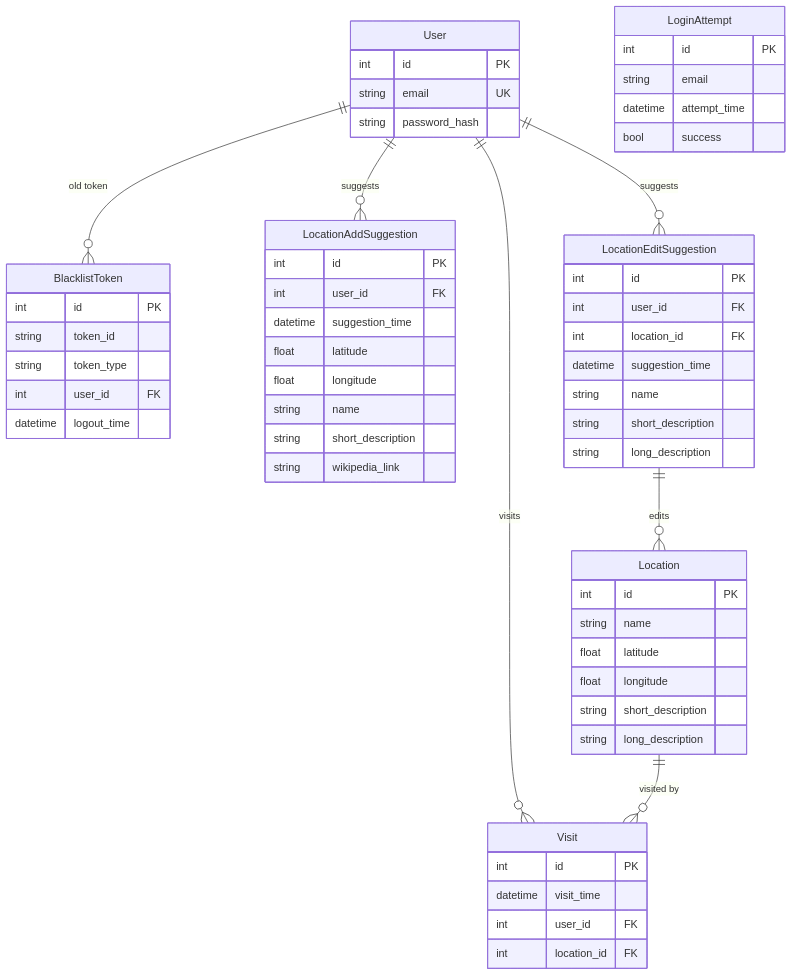
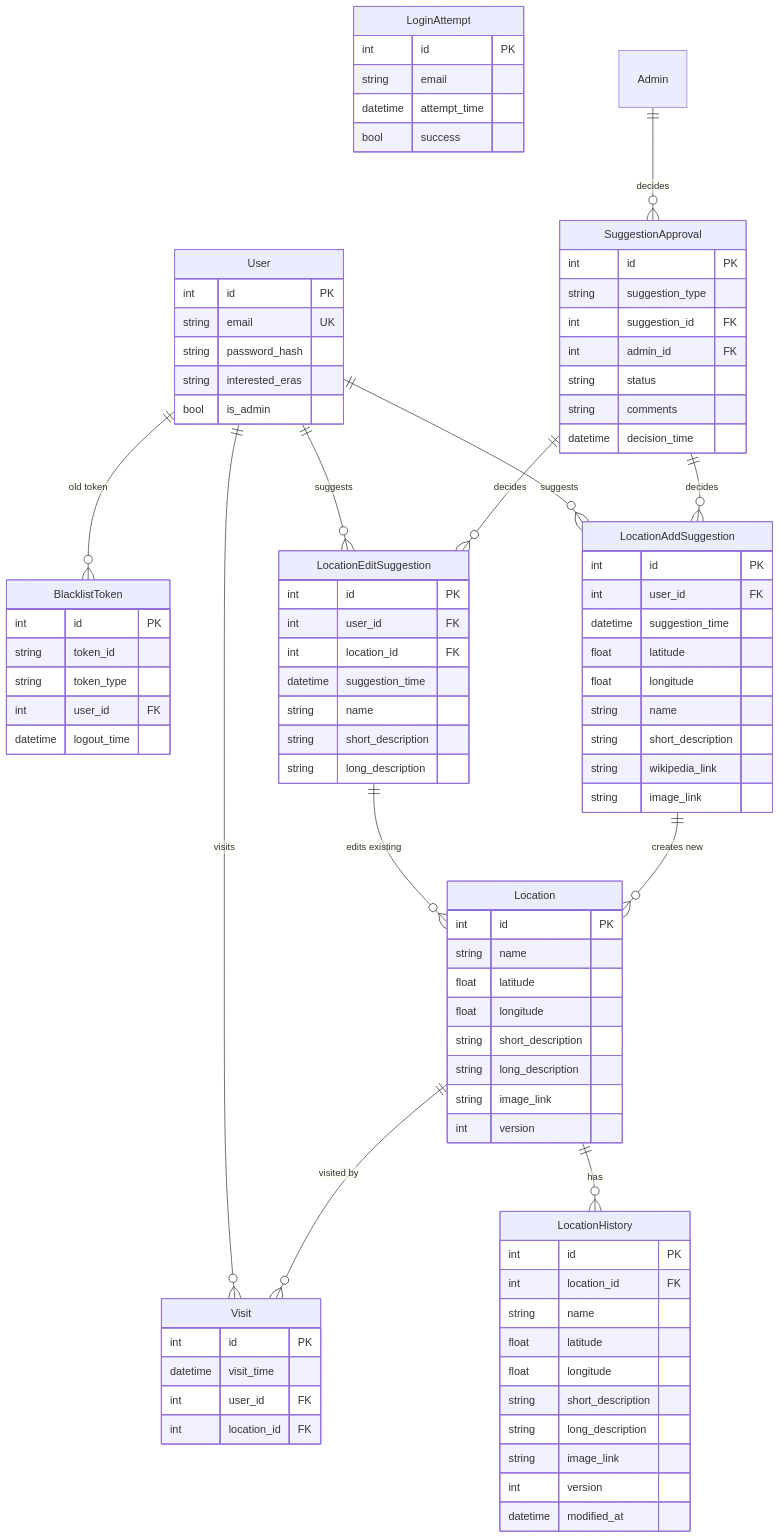
Before and after one commit to CS-495-Historical-Sites/remnant: the diagram in documentation/docs/Documentation/Database.md, drawn with Mermaid. The commit also changed 37 other files, not shown here.

Commit message:
implement (edit / add) location suggestion approval; begin aws s3 image strategy

````diff
--- a/documentation/docs/Documentation/Database.md
+++ b/documentation/docs/Documentation/Database.md
@@ -6,6 +6,8 @@
         int id  PK
         string email UK
         string password_hash 
+        string interested_eras
+        bool is_admin
     }
     Location {
         int id  PK
@@ -14,6 +16,8 @@
         float longitude
         string short_description
         string long_description
+        string image_link
+        int version
     }
     Visit {
         int id  PK
@@ -37,6 +41,7 @@
         string name 
         string short_description
         string wikipedia_link
+        string image_link
     }
     LocationEditSuggestion {
         int id PK
@@ -53,11 +58,40 @@
         datetime attempt_time
         bool success
     }
+    SuggestionApproval {
+        int id PK
+        string suggestion_type
+        int suggestion_id FK
+        int admin_id FK
+        string status
+        string comments
+        datetime decision_time
+    }
+
+    LocationHistory {
+        int id PK
+        int location_id FK
+        string name 
+        float latitude
+        float longitude
+        string short_description
+        string long_description
+        string image_link
+        int version
+        datetime modified_at
+    }
 
     User ||--o{ LocationAddSuggestion : "suggests"
     User ||--o{ LocationEditSuggestion : "suggests"
-    LocationEditSuggestion ||--o{ Location : "edits"
+    LocationEditSuggestion ||--o{ Location : "edits existing"
+    LocationAddSuggestion ||--o{ Location : "creates new"
     User ||--o{ Visit : "visits"
     Location ||--o{ Visit : "visited by"
     User ||--o{BlacklistToken : "old token"
+    Admin ||--o{SuggestionApproval : "decides"
+
+    SuggestionApproval ||--o{ LocationAddSuggestion : "decides"
+    SuggestionApproval ||--o{ LocationEditSuggestion : "decides"
+
+    Location ||--o{ LocationHistory : "has"
 ```
````
